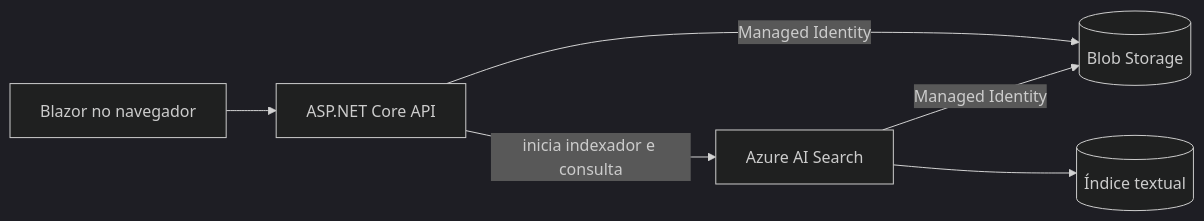
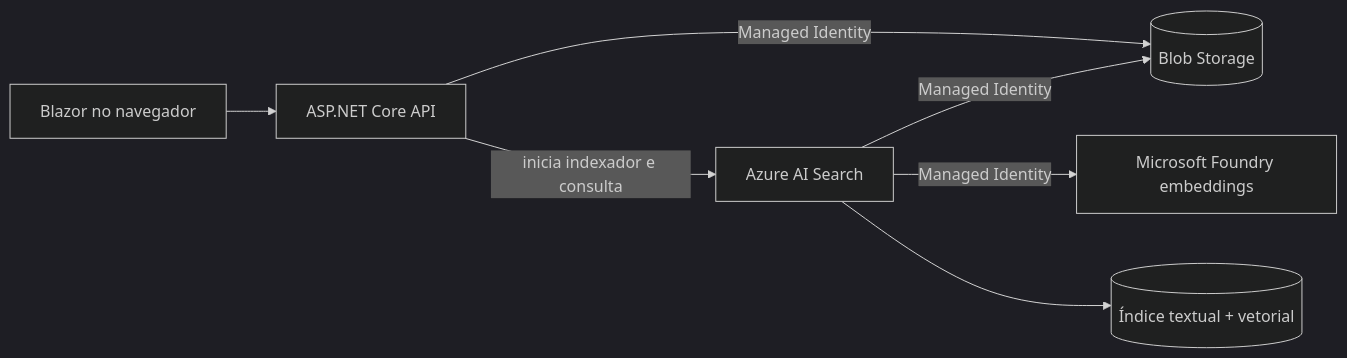
The diagram in README.md (beto5001/ai-search-demo), drawn with Mermaid (dark theme) before and after one commit. The commit also changed other lines of this file and 12 other files, not shown here.

Commit message:
feat: add hybrid vector search with Foundry embeddings

````diff
--- a/README.md
+++ b/README.md
@@ -7,8 +7,9 @@
 ```mermaid
 flowchart LR
     Client[Blazor no navegador] --> API[ASP.NET Core API]
     API -->|Managed Identity| Blob[(Blob Storage)]
     API -->|inicia indexador e consulta| Search[Azure AI Search]
     Search -->|Managed Identity| Blob
-    Search --> Index[(Índice textual)]
+    Search -->|Managed Identity| Foundry[Microsoft Foundry embeddings]
+    Search --> Index[(Índice textual + vetorial)]
 ```
````
